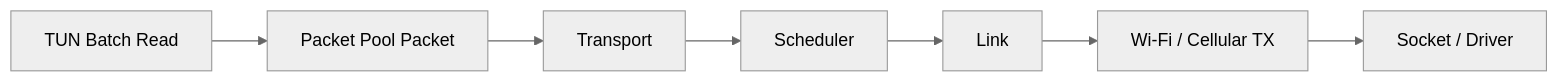
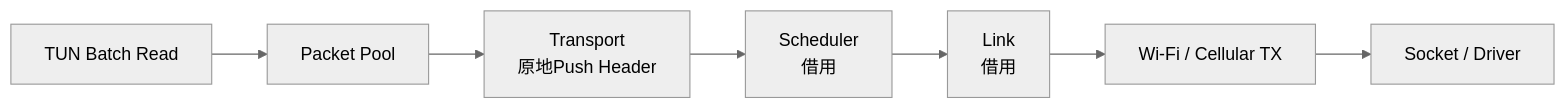
Before and after one commit to wnd443724421-cell/linkg: the second of 5 diagrams in linkg-project-plan/LinkG项目具体落实方案_模块化/02-M02-Packet与数据包资源管理.md, drawn with Mermaid (neutral theme). The commit also changed other lines of this file, not shown here.

Commit message:
docs: rewrite M02 as finalized packet design

````diff
--- a/linkg-project-plan/LinkG项目具体落实方案_模块化/02-M02-Packet与数据包资源管理.md
+++ b/linkg-project-plan/LinkG项目具体落实方案_模块化/02-M02-Packet与数据包资源管理.md
@@ -320,9 +454,9 @@
 ```mermaid
 flowchart LR
-    TUN[TUN Batch Read] --> P[Packet Pool Packet]
-    P --> T[Transport]
-    T --> S[Scheduler]
-    S --> L[Link]
-    L --> Q[Wi-Fi / Cellular TX]
-    Q --> NET[Socket / Driver]
+    TUN[TUN Batch Read] --> P[Packet Pool]
+    P --> T[Transport<br/>原地Push Header]
+    T --> S[Scheduler<br/>借用]
+    S --> L[Link<br/>借用]
+    L --> TX[Wi-Fi / Cellular TX]
+    TX --> NET[Socket / Driver]
 ```
````
